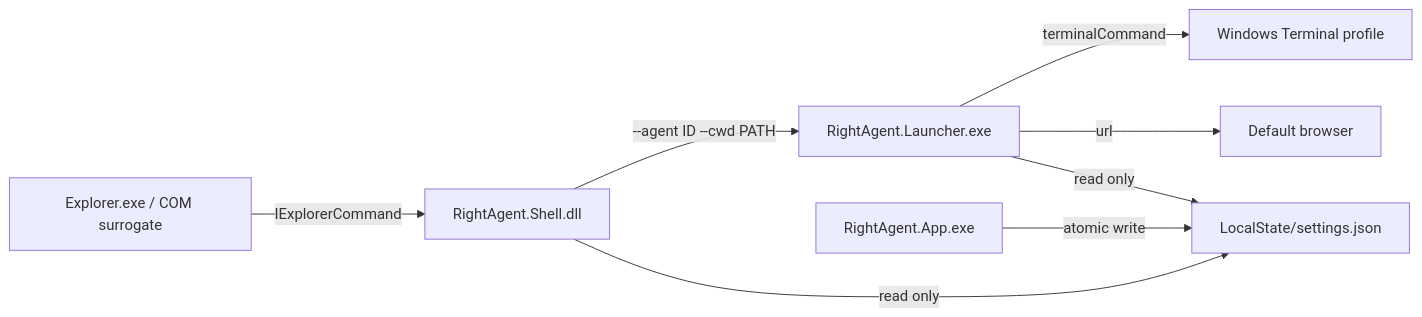
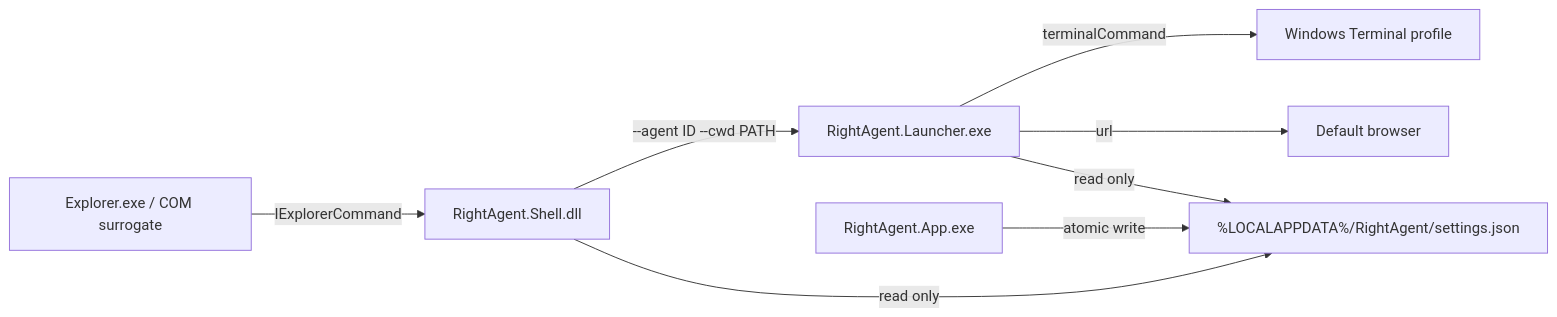
Before and after one commit to y0ung-jg-1/RightAgent: the diagram in docs/ARCHITECTURE.md, drawn with Mermaid. The commit also changed other lines of this file and 46 other files, not shown here.

````diff
--- a/docs/ARCHITECTURE.md
+++ b/docs/ARCHITECTURE.md
@@ -3,10 +3,10 @@
 ```mermaid
 flowchart LR
     E["Explorer.exe / COM surrogate"] -->|"IExplorerCommand"| S["RightAgent.Shell.dll"]
     S -->|"--agent ID --cwd PATH"| L["RightAgent.Launcher.exe"]
     L -->|"terminalCommand"| W["Windows Terminal profile"]
     L -->|"url"| B["Default browser"]
-    A["RightAgent.App.exe"] -->|"atomic write"| J["LocalState/settings.json"]
+    A["RightAgent.App.exe"] -->|"atomic write"| J["%LOCALAPPDATA%/RightAgent/settings.json"]
     S -->|"read only"| J
     L -->|"read only"| J
 ```
````
